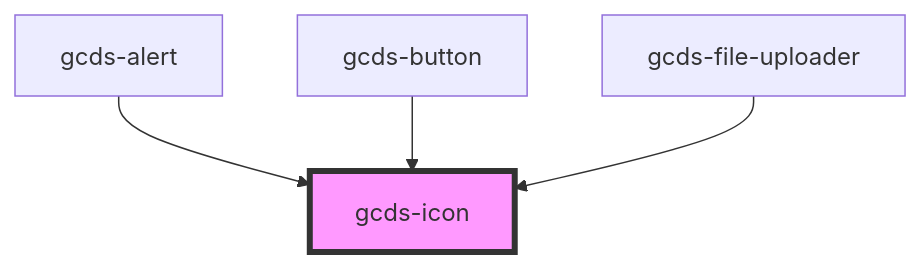
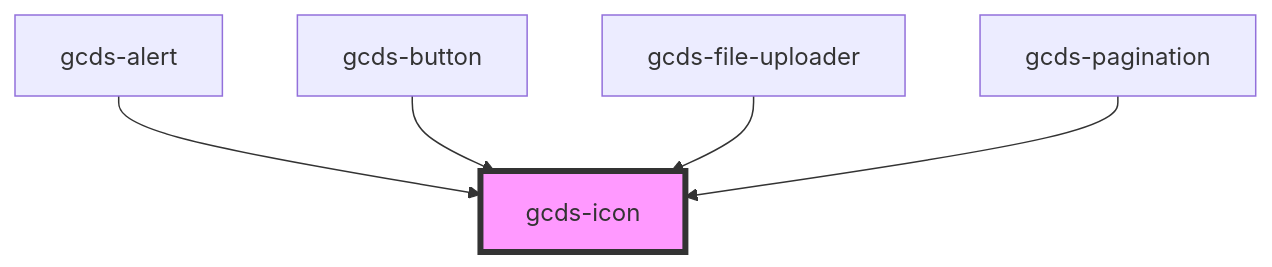
The diagram in packages/web/src/components/gcds-icon/readme.md (cds-snc/gcds-components), drawn with Mermaid before and after one commit. The commit also changed other lines of this file and 5 other files, not shown here.

````diff
--- a/packages/web/src/components/gcds-icon/readme.md
+++ b/packages/web/src/components/gcds-icon/readme.md
@@ -28,7 +29,8 @@
 ```mermaid
 graph TD;
   gcds-alert --> gcds-icon
   gcds-button --> gcds-icon
   gcds-file-uploader --> gcds-icon
+  gcds-pagination --> gcds-icon
   style gcds-icon fill:#f9f,stroke:#333,stroke-width:4px
 ```
````
